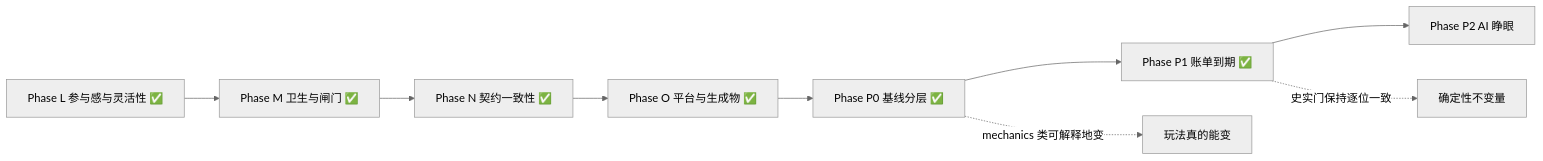
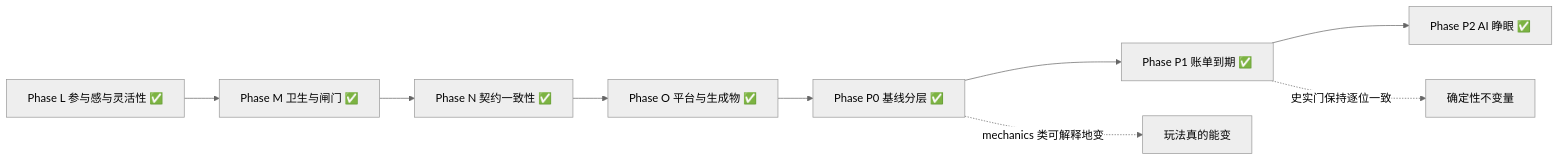
One commit to reney-0202/a-simple-world-map changed the diagram in docs/ROADMAP.md. Above: the diagram before and after it, drawn with Mermaid (neutral theme). The commit also changed other lines of this file and 15 other files, not shown here.

````diff
--- a/docs/ROADMAP.md
+++ b/docs/ROADMAP.md
@@ -468,11 +522,11 @@
 ```mermaid
 graph LR
   L[Phase L 参与感与灵活性 ✅] --> M[Phase M 卫生与闸门 ✅]
   M --> N[Phase N 契约一致性 ✅]
   N --> O[Phase O 平台与生成物 ✅]
   O --> P0[Phase P0 基线分层 ✅]
   P0 --> P1[Phase P1 账单到期 ✅]
-  P1 --> P2[Phase P2 AI 睁眼]
+  P1 --> P2[Phase P2 AI 睁眼 ✅]
   P1 -.->|史实门保持逐位一致| B1[确定性不变量]
   P0 -.->|mechanics 类可解释地变| B2[玩法真的能变]
 ```
````
